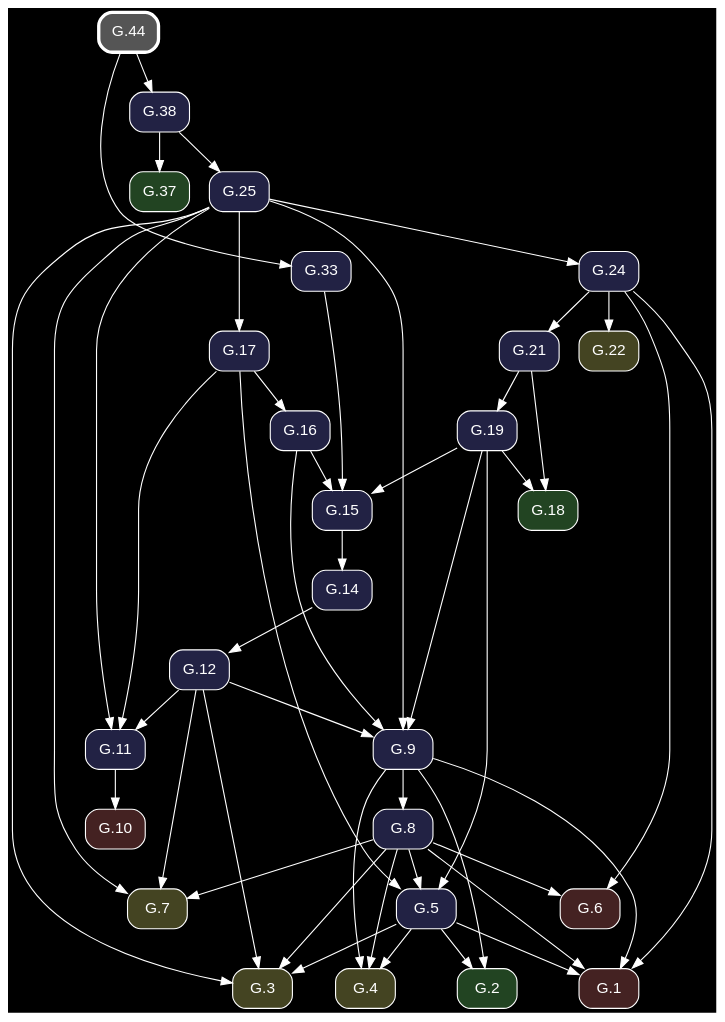
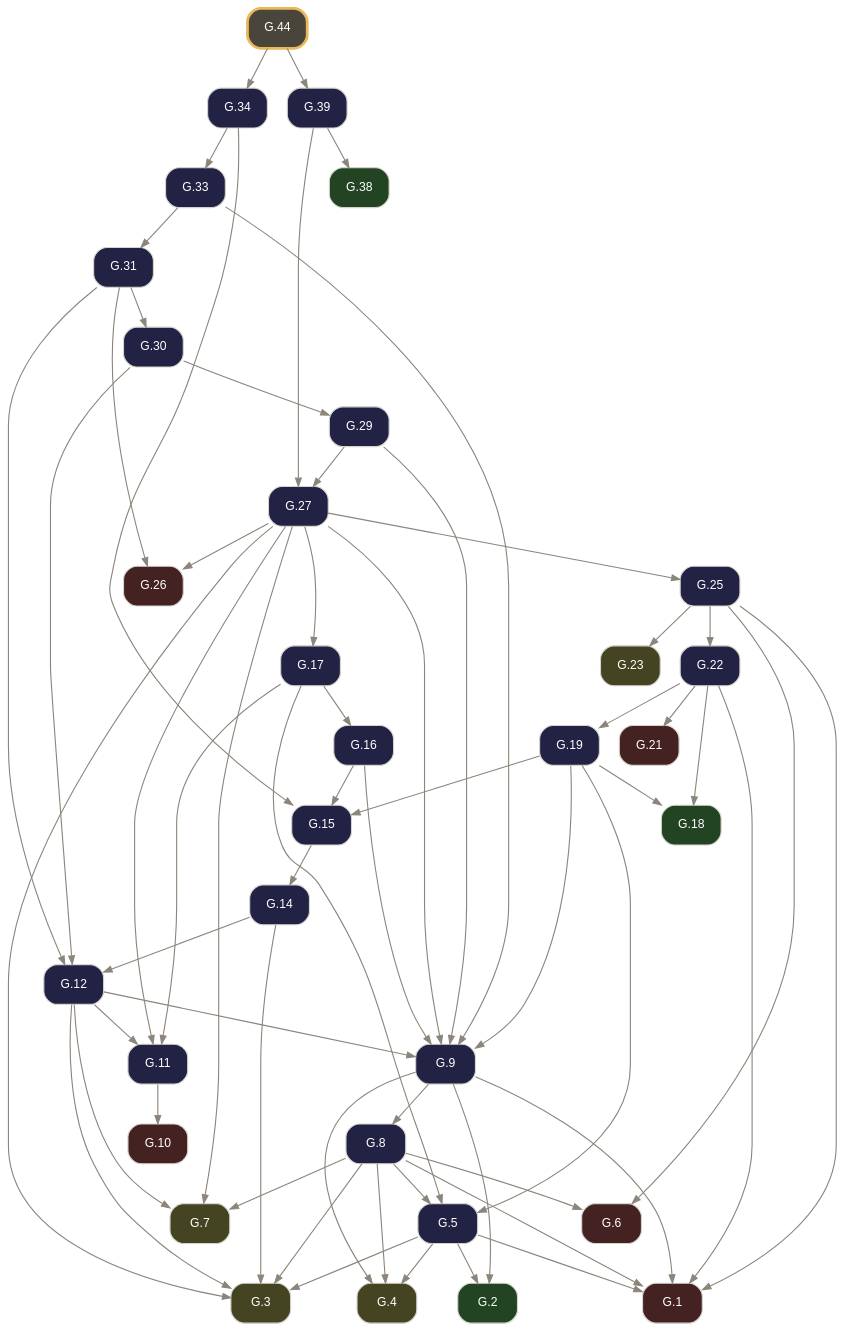
The diagram in docsrc/elements2/G.44/index.rst (geometor/elements), drawn with Graphviz before and after one commit. The commit also changed other lines of this file and 261 other files, not shown here.

Commit message:
feat: rebuild Elements 2.0 G-Index pipeline from composed Euclid Heath edition (v0.3.0)

```diff
--- a/docsrc/elements2/G.44/index.rst
+++ b/docsrc/elements2/G.44/index.rst
@@ -36,81 +53,101 @@
 .. graphviz::
 
    digraph {
-     bgcolor="black";
-     node [shape=box, style="rounded,filled", fontname="Helvetica", color="white", fontcolor="white"];
-     edge [color="white", fontcolor="white"];
+     bgcolor="transparent";
+     node [shape=box, style="rounded,filled", fontname="Helvetica", fontsize=11, color="#d6d3cd", fontcolor="#ffffff"];
+     edge [color="#8c857b", fontcolor="#8c857b", arrowsize=0.75];
      rankdir="TB";
-     "G.44" [label="G.44", penwidth=3, color="white", fillcolor="#555555", URL="/elements2/G.44/", target="_top"];
-     "G.6" [label="G.6", fillcolor="#442222", URL="/elements2/G.6/", target="_top"];
-     "G.19" [label="G.19", fillcolor="#222244", URL="/elements2/G.19/", target="_top"];
-     "G.38" [label="G.38", fillcolor="#222244", URL="/elements2/G.38/", target="_top"];
-     "G.24" [label="G.24", fillcolor="#222244", URL="/elements2/G.24/", target="_top"];
-     "G.21" [label="G.21", fillcolor="#222244", URL="/elements2/G.21/", target="_top"];
-     "G.10" [label="G.10", fillcolor="#442222", URL="/elements2/G.10/", target="_top"];
-     "G.7" [label="G.7", fillcolor="#444422", URL="/elements2/G.7/", target="_top"];
-     "G.17" [label="G.17", fillcolor="#222244", URL="/elements2/G.17/", target="_top"];
-     "G.3" [label="G.3", fillcolor="#444422", URL="/elements2/G.3/", target="_top"];
-     "G.15" [label="G.15", fillcolor="#222244", URL="/elements2/G.15/", target="_top"];
-     "G.5" [label="G.5", fillcolor="#222244", URL="/elements2/G.5/", target="_top"];
-     "G.1" [label="G.1", fillcolor="#442222", URL="/elements2/G.1/", target="_top"];
-     "G.2" [label="G.2", fillcolor="#224422", URL="/elements2/G.2/", target="_top"];
-     "G.12" [label="G.12", fillcolor="#222244", URL="/elements2/G.12/", target="_top"];
-     "G.22" [label="G.22", fillcolor="#444422", URL="/elements2/G.22/", target="_top"];
-     "G.14" [label="G.14", fillcolor="#222244", URL="/elements2/G.14/", target="_top"];
-     "G.8" [label="G.8", fillcolor="#222244", URL="/elements2/G.8/", target="_top"];
-     "G.9" [label="G.9", fillcolor="#222244", URL="/elements2/G.9/", target="_top"];
-     "G.25" [label="G.25", fillcolor="#222244", URL="/elements2/G.25/", target="_top"];
-     "G.37" [label="G.37", fillcolor="#224422", URL="/elements2/G.37/", target="_top"];
-     "G.18" [label="G.18", fillcolor="#224422", URL="/elements2/G.18/", target="_top"];
-     "G.11" [label="G.11", fillcolor="#222244", URL="/elements2/G.11/", target="_top"];
-     "G.4" [label="G.4", fillcolor="#444422", URL="/elements2/G.4/", target="_top"];
-     "G.33" [label="G.33", fillcolor="#222244", URL="/elements2/G.33/", target="_top"];
-     "G.16" [label="G.16", fillcolor="#222244", URL="/elements2/G.16/", target="_top"];
-     "G.24" -> "G.6";
-     "G.8" -> "G.6";
-     "G.21" -> "G.19";
-     "G.44" -> "G.38";
-     "G.25" -> "G.24";
-     "G.24" -> "G.21";
-     "G.11" -> "G.10";
-     "G.25" -> "G.7";
-     "G.8" -> "G.7";
-     "G.12" -> "G.7";
-     "G.25" -> "G.17";
+     "G.1" [label="G.1", tooltip="G.1 (I.cn.1)", fillcolor="#442222", URL="../G.1/index.html", target="_top"];
+     "G.2" [label="G.2", tooltip="G.2 (I.def.15)", fillcolor="#224422", URL="../G.2/index.html", target="_top"];
+     "G.3" [label="G.3", tooltip="G.3 (I.post.1)", fillcolor="#444422", URL="../G.3/index.html", target="_top"];
+     "G.4" [label="G.4", tooltip="G.4 (I.post.3)", fillcolor="#444422", URL="../G.4/index.html", target="_top"];
+     "G.5" [label="G.5", tooltip="G.5 (I.1)", fillcolor="#222244", URL="../G.5/index.html", target="_top"];
+     "G.6" [label="G.6", tooltip="G.6 (I.cn.3)", fillcolor="#442222", URL="../G.6/index.html", target="_top"];
+     "G.7" [label="G.7", tooltip="G.7 (I.post.2)", fillcolor="#444422", URL="../G.7/index.html", target="_top"];
+     "G.8" [label="G.8", tooltip="G.8 (I.2)", fillcolor="#222244", URL="../G.8/index.html", target="_top"];
+     "G.9" [label="G.9", tooltip="G.9 (I.3)", fillcolor="#222244", URL="../G.9/index.html", target="_top"];
+     "G.10" [label="G.10", tooltip="G.10 (I.cn.4)", fillcolor="#442222", URL="../G.10/index.html", target="_top"];
+     "G.11" [label="G.11", tooltip="G.11 (I.4)", fillcolor="#222244", URL="../G.11/index.html", target="_top"];
+     "G.12" [label="G.12", tooltip="G.12 (I.5)", fillcolor="#222244", URL="../G.12/index.html", target="_top"];
+     "G.14" [label="G.14", tooltip="G.14 (I.7)", fillcolor="#222244", URL="../G.14/index.html", target="_top"];
+     "G.15" [label="G.15", tooltip="G.15 (I.8)", fillcolor="#222244", URL="../G.15/index.html", target="_top"];
+     "G.16" [label="G.16", tooltip="G.16 (I.9)", fillcolor="#222244", URL="../G.16/index.html", target="_top"];
+     "G.17" [label="G.17", tooltip="G.17 (I.10)", fillcolor="#222244", URL="../G.17/index.html", target="_top"];
+     "G.18" [label="G.18", tooltip="G.18 (I.def.10)", fillcolor="#224422", URL="../G.18/index.html", target="_top"];
+     "G.19" [label="G.19", tooltip="G.19 (I.11)", fillcolor="#222244", URL="../G.19/index.html", target="_top"];
+     "G.21" [label="G.21", tooltip="G.21 (I.cn.2)", fillcolor="#442222", URL="../G.21/index.html", target="_top"];
+     "G.22" [label="G.22", tooltip="G.22 (I.13)", fillcolor="#222244", URL="../G.22/index.html", target="_top"];
+     "G.23" [label="G.23", tooltip="G.23 (I.post.4)", fillcolor="#444422", URL="../G.23/index.html", target="_top"];
+     "G.25" [label="G.25", tooltip="G.25 (I.15)", fillcolor="#222244", URL="../G.25/index.html", target="_top"];
+     "G.26" [label="G.26", tooltip="G.26 (I.cn.5)", fillcolor="#442222", URL="../G.26/index.html", target="_top"];
+     "G.27" [label="G.27", tooltip="G.27 (I.16)", fillcolor="#222244", URL="../G.27/index.html", target="_top"];
+     "G.29" [label="G.29", tooltip="G.29 (I.18)", fillcolor="#222244", URL="../G.29/index.html", target="_top"];
+     "G.30" [label="G.30", tooltip="G.30 (I.19)", fillcolor="#222244", URL="../G.30/index.html", target="_top"];
+     "G.31" [label="G.31", tooltip="G.31 (I.20)", fillcolor="#222244", URL="../G.31/index.html", target="_top"];
+     "G.33" [label="G.33", tooltip="G.33 (I.22)", fillcolor="#222244", URL="../G.33/index.html", target="_top"];
+     "G.34" [label="G.34", tooltip="G.34 (I.23)", fillcolor="#222244", URL="../G.34/index.html", target="_top"];
+     "G.38" [label="G.38", tooltip="G.38 (I.def.23)", fillcolor="#224422", URL="../G.38/index.html", target="_top"];
+     "G.39" [label="G.39", tooltip="G.39 (I.27)", fillcolor="#222244", URL="../G.39/index.html", target="_top"];
+     "G.44" [label="G.44", tooltip="G.44 (I.31)", penwidth=2.5, color="#e8b85a", fillcolor="#4a453b", URL="index.html", target="_top"];
+     "G.5" -> "G.1";
+     "G.8" -> "G.1";
+     "G.9" -> "G.1";
+     "G.22" -> "G.1";
+     "G.25" -> "G.1";
+     "G.5" -> "G.2";
+     "G.9" -> "G.2";
      "G.5" -> "G.3";
-     "G.25" -> "G.3";
      "G.8" -> "G.3";
      "G.12" -> "G.3";
-     "G.19" -> "G.15";
-     "G.16" -> "G.15";
-     "G.33" -> "G.15";
-     "G.19" -> "G.5";
-     "G.8" -> "G.5";
-     "G.17" -> "G.5";
-     "G.5" -> "G.1";
-     "G.24" -> "G.1";
-     "G.8" -> "G.1";
-     "G.9" -> "G.1";
-     "G.5" -> "G.2";
-     "G.9" -> "G.2";
-     "G.14" -> "G.12";
-     "G.24" -> "G.22";
-     "G.15" -> "G.14";
-     "G.9" -> "G.8";
-     "G.19" -> "G.9";
-     "G.25" -> "G.9";
-     "G.16" -> "G.9";
-     "G.12" -> "G.9";
-     "G.38" -> "G.25";
-     "G.38" -> "G.37";
-     "G.19" -> "G.18";
-     "G.21" -> "G.18";
-     "G.25" -> "G.11";
-     "G.17" -> "G.11";
-     "G.12" -> "G.11";
+     "G.14" -> "G.3";
+     "G.27" -> "G.3";
      "G.5" -> "G.4";
      "G.8" -> "G.4";
      "G.9" -> "G.4";
-     "G.44" -> "G.33";
+     "G.8" -> "G.5";
+     "G.17" -> "G.5";
+     "G.19" -> "G.5";
+     "G.8" -> "G.6";
+     "G.25" -> "G.6";
+     "G.8" -> "G.7";
+     "G.12" -> "G.7";
+     "G.27" -> "G.7";
+     "G.9" -> "G.8";
+     "G.12" -> "G.9";
+     "G.16" -> "G.9";
+     "G.19" -> "G.9";
+     "G.27" -> "G.9";
+     "G.29" -> "G.9";
+     "G.33" -> "G.9";
+     "G.11" -> "G.10";
+     "G.12" -> "G.11";
+     "G.17" -> "G.11";
+     "G.27" -> "G.11";
+     "G.14" -> "G.12";
+     "G.30" -> "G.12";
+     "G.31" -> "G.12";
+     "G.15" -> "G.14";
+     "G.16" -> "G.15";
+     "G.19" -> "G.15";
+     "G.34" -> "G.15";
      "G.17" -> "G.16";
+     "G.27" -> "G.17";
+     "G.19" -> "G.18";
+     "G.22" -> "G.18";
+     "G.22" -> "G.19";
+     "G.22" -> "G.21";
+     "G.25" -> "G.22";
+     "G.25" -> "G.23";
+     "G.27" -> "G.25";
+     "G.27" -> "G.26";
+     "G.31" -> "G.26";
+     "G.29" -> "G.27";
+     "G.39" -> "G.27";
+     "G.30" -> "G.29";
+     "G.31" -> "G.30";
+     "G.33" -> "G.31";
+     "G.34" -> "G.33";
+     "G.44" -> "G.34";
+     "G.39" -> "G.38";
+     "G.44" -> "G.39";
    }
```
